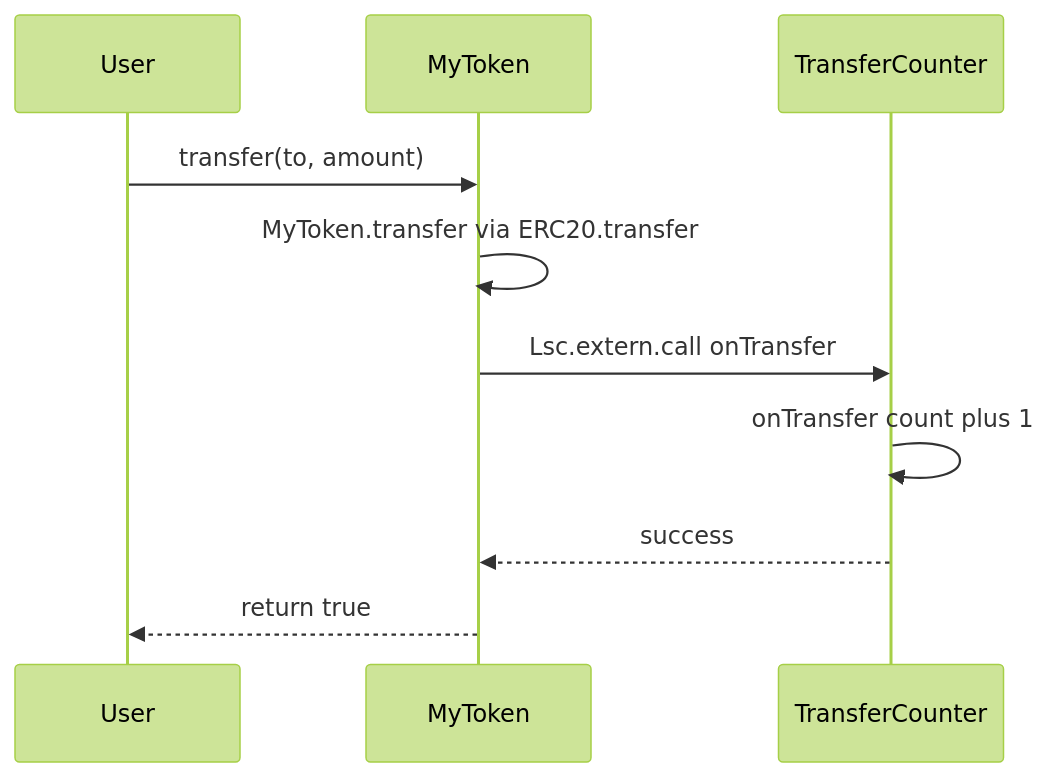
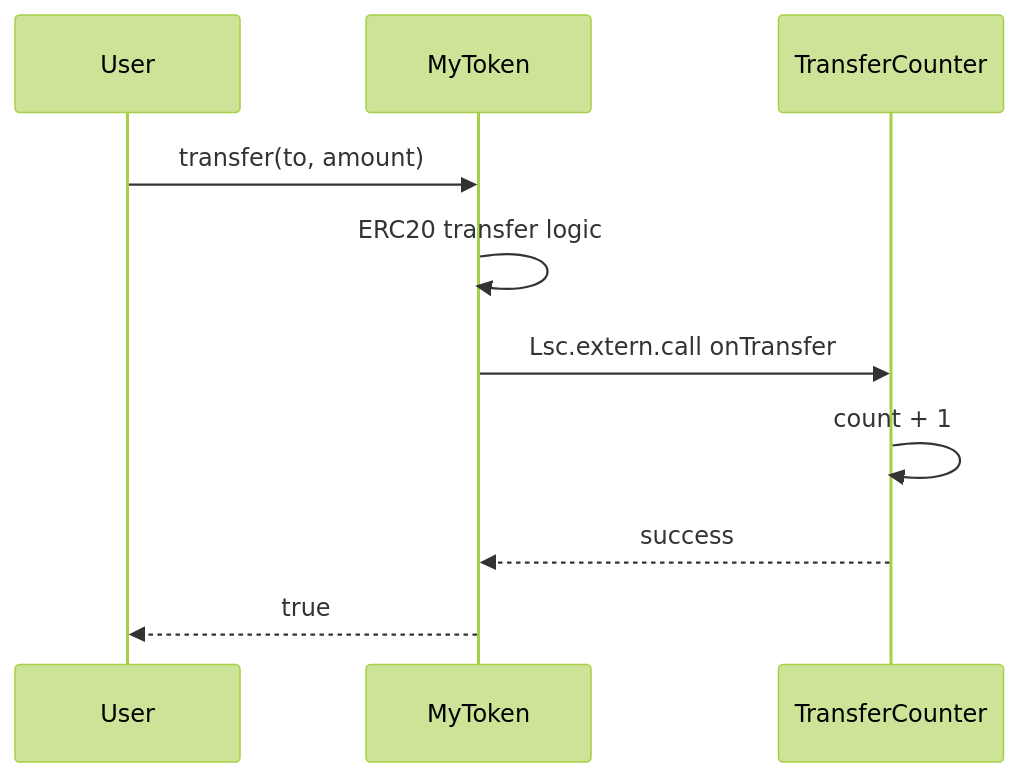
The second of 2 diagrams in lsc-spec.md (prevostc/lsc), drawn with Mermaid (forest theme) before and after one commit. The commit also changed other lines of this file and 1 other file, not shown here.

````diff
--- a/lsc-spec.md
+++ b/lsc-spec.md
@@ -1318,12 +1518,12 @@
 ```mermaid
 sequenceDiagram
   participant User
   participant MyToken
   participant TC as TransferCounter
   User->>MyToken: transfer(to, amount)
-  MyToken->>MyToken: MyToken.transfer via ERC20.transfer
+  MyToken->>MyToken: ERC20 transfer logic
   MyToken->>TC: Lsc.extern.call onTransfer
-  TC->>TC: onTransfer count plus 1
+  TC->>TC: count + 1
   TC-->>MyToken: success
-  MyToken-->>User: return true
+  MyToken-->>User: true
 ```
````
